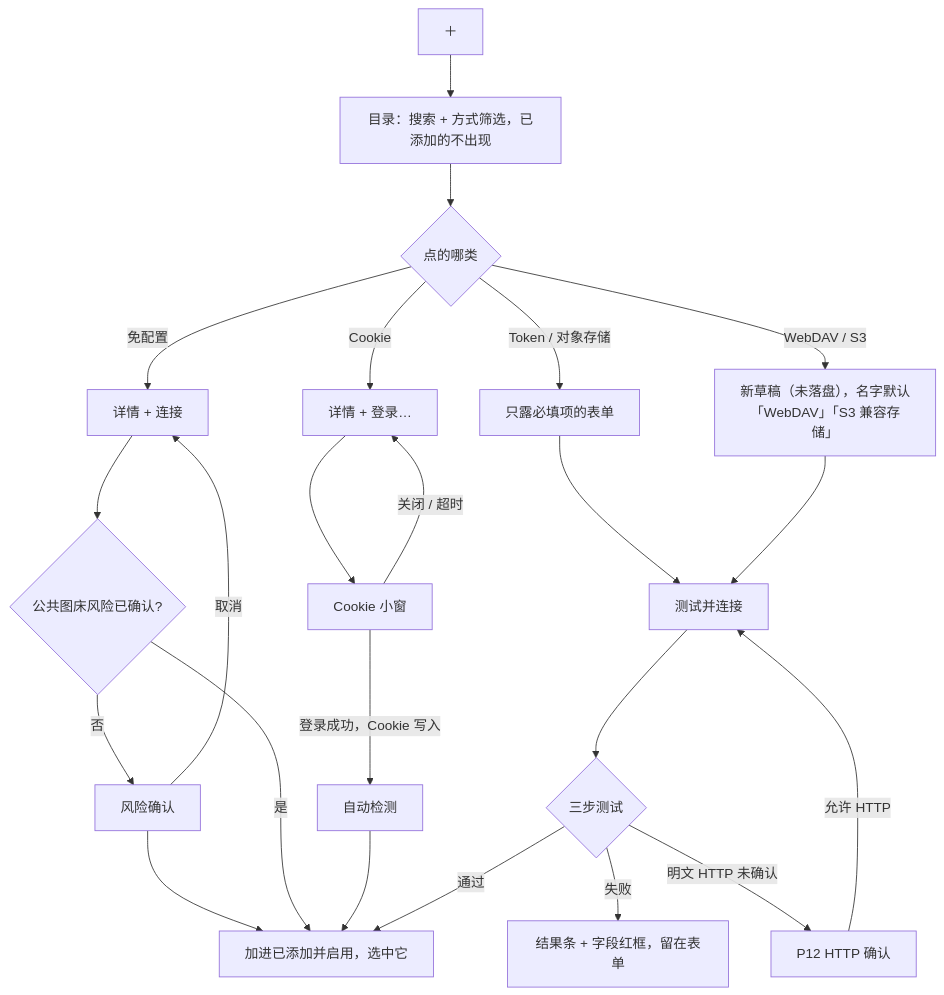
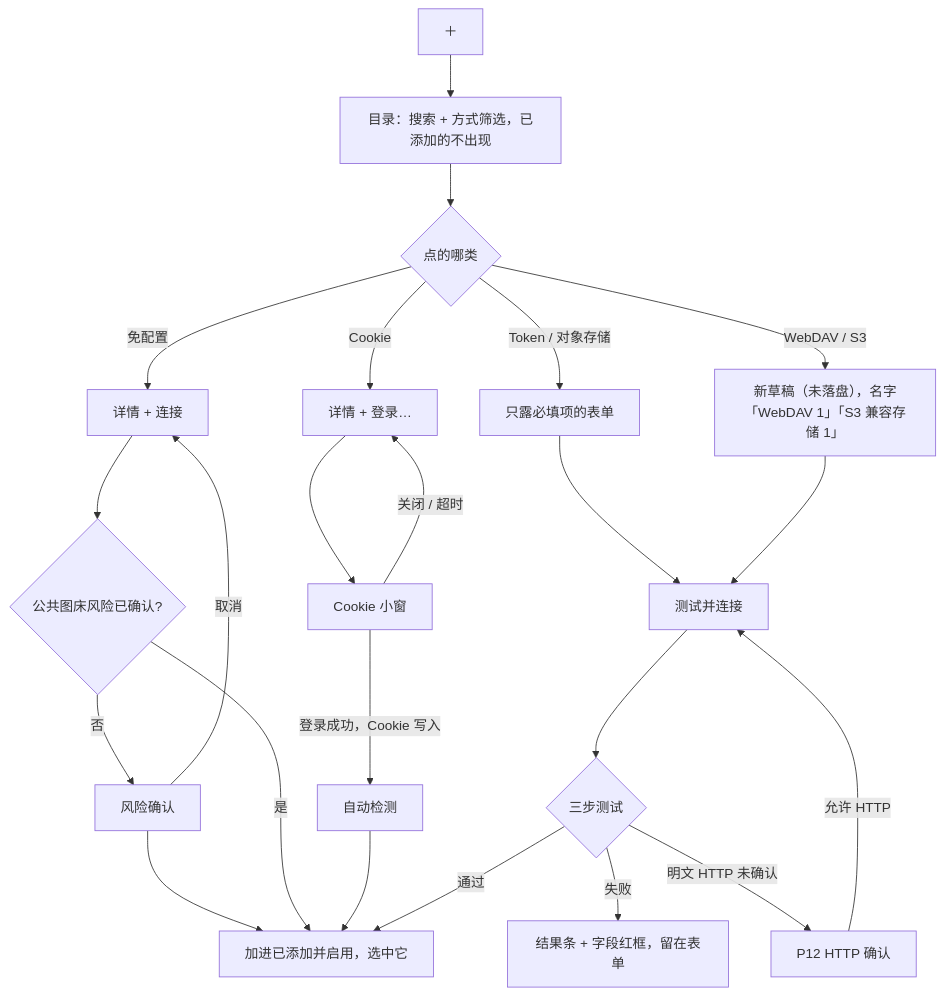
Before and after one commit to joeyliu6/PicNexus: the fourth of 7 diagrams in docs/design/redesign/hosts-plan.md, drawn with Mermaid. The commit also changed other lines of this file, not shown here.

Commit message:
docs(redesign): record the 图床 choices made while building and walking it

````diff
--- a/docs/design/redesign/hosts-plan.md
+++ b/docs/design/redesign/hosts-plan.md
@@ -164,18 +164,18 @@
 ```mermaid
 flowchart TD
   A[＋] --> B[目录：搜索 + 方式筛选，已添加的不出现]
   B --> C{点的哪类}
   C -- 免配置 --> D[详情 + 连接] --> R{公共图床风险已确认?} -- 否 --> P11[风险确认] --> OK
   R -- 是 --> OK[加进已添加并启用，选中它]
   P11 -- 取消 --> D
   C -- Cookie --> E[详情 + 登录…] --> W[Cookie 小窗] -- 登录成功，Cookie 写入 --> T[自动检测] --> OK
   W -- 关闭 / 超时 --> E
   C -- Token / 对象存储 --> F[只露必填项的表单]
-  C -- WebDAV / S3 --> G[新草稿（未落盘），名字默认「WebDAV」「S3 兼容存储」]
+  C -- WebDAV / S3 --> G[新草稿（未落盘），名字「WebDAV 1」「S3 兼容存储 1」]
   F --> H[测试并连接]
   G --> H
   H --> I{三步测试}
   I -- 通过 --> OK
   I -- 失败 --> J[结果条 + 字段红框，留在表单]
   I -- 明文 HTTP 未确认 --> P12[P12 HTTP 确认] -- 允许 HTTP --> H
 ```
````
